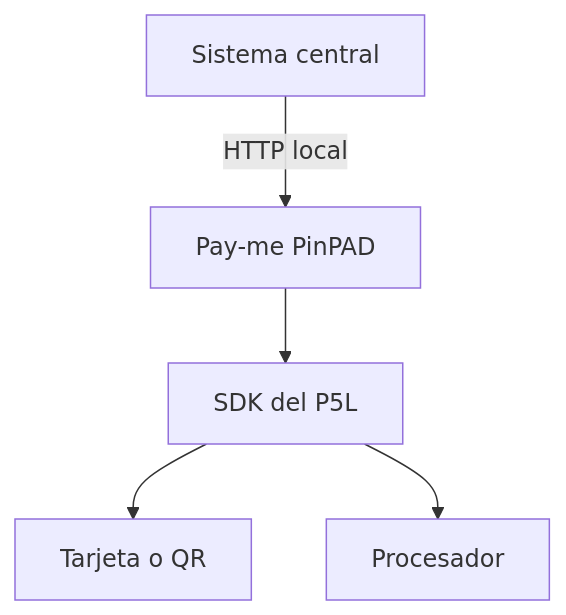
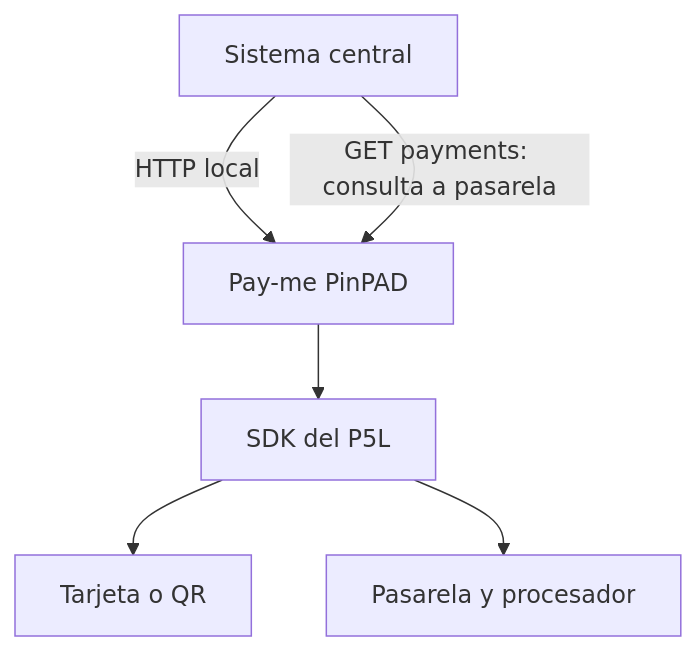
One commit to alignet-docs/alignet-developers changed the diagram in procesamiento-fisico/alignet-transit/arquitectura-y-trazabilidad.mdx. Above: the diagram before and after it, drawn with Mermaid. The commit also changed other lines of this file and 15 other files, not shown here.

````diff
--- a/procesamiento-fisico/alignet-transit/arquitectura-y-trazabilidad.mdx
+++ b/procesamiento-fisico/alignet-transit/arquitectura-y-trazabilidad.mdx
@@ -9,7 +9,8 @@
 ```mermaid
 flowchart TD
     CENTRAL[Sistema central] -->|HTTP local| PINPAD[Pay-me PinPAD]
     PINPAD --> SDK[SDK del P5L]
     SDK --> INTERACTION[Tarjeta o QR]
-    SDK --> PLATFORM[Procesador]
+    SDK --> PLATFORM[Pasarela y procesador]
+    CENTRAL -->|GET payments: consulta a pasarela| PINPAD
 ```
````
